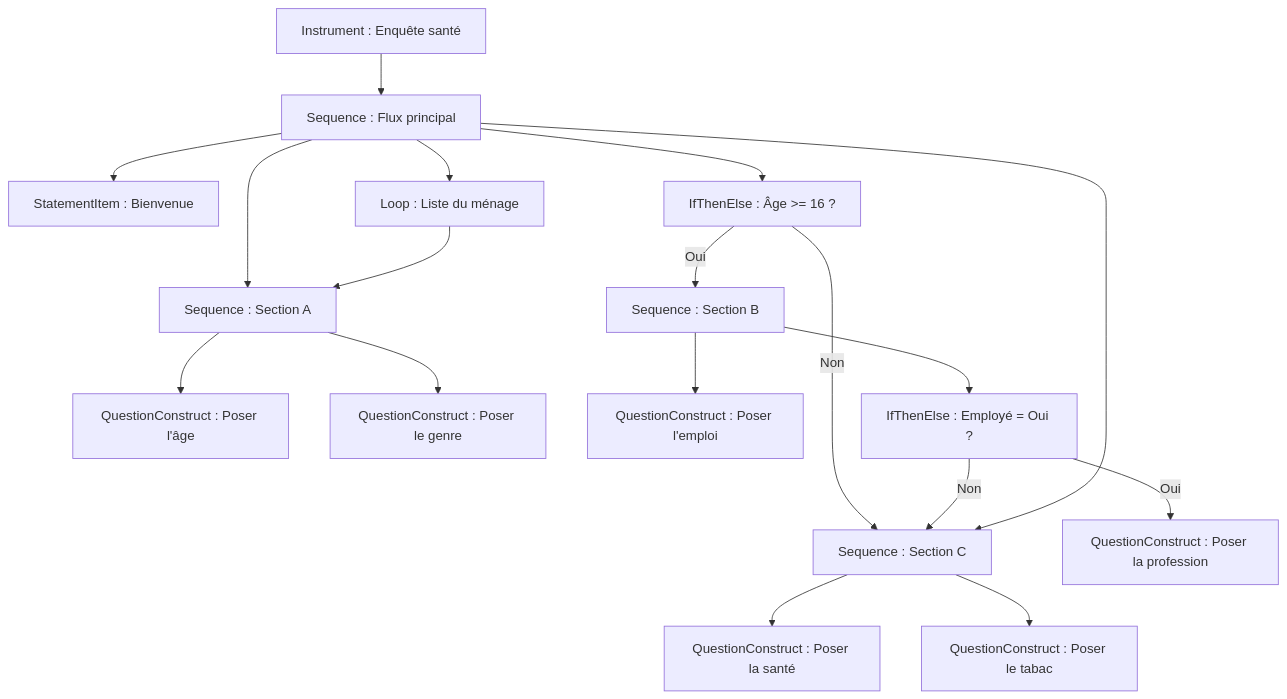
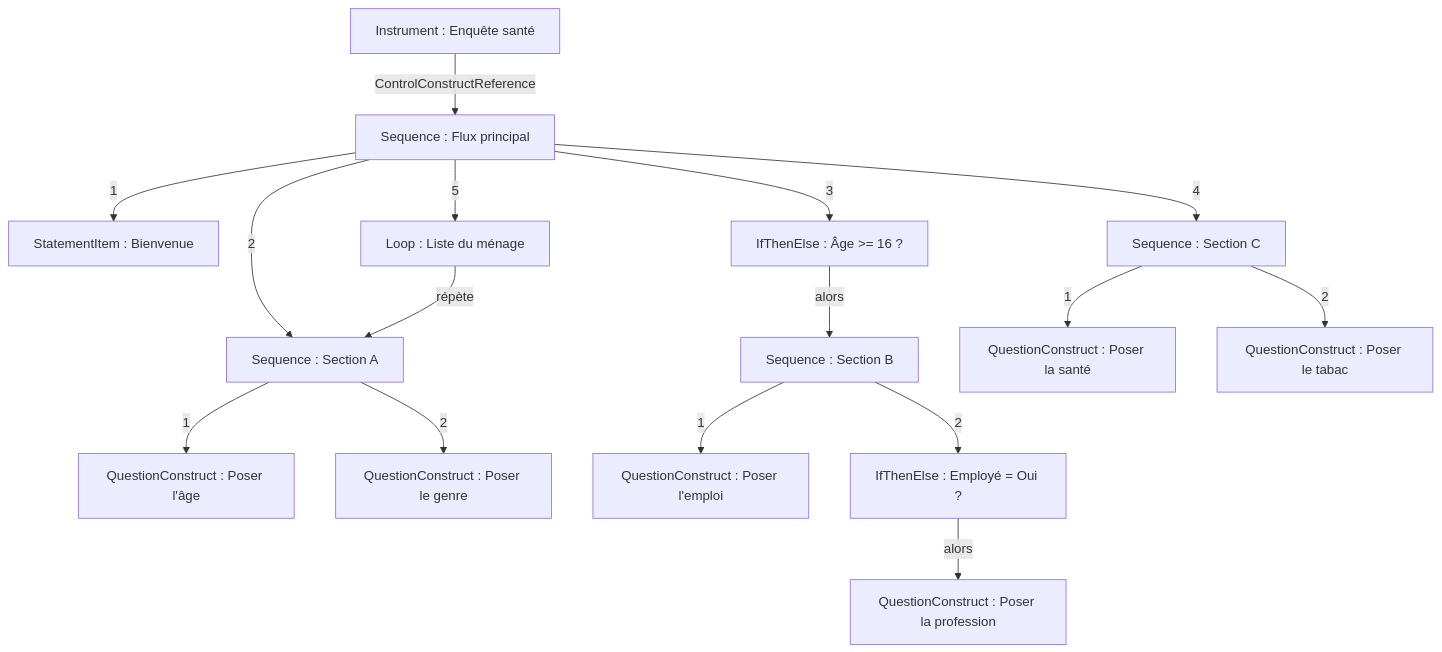
The diagram in docs/curriculum/module-10-questionnaire-flows.fr.md (pbisson44/ddi-l), drawn with Mermaid before and after one commit. The commit also changed other lines of this file and 597 other files, not shown here.

````diff
--- a/docs/curriculum/module-10-questionnaire-flows.fr.md
+++ b/docs/curriculum/module-10-questionnaire-flows.fr.md
@@ -296,20 +321,18 @@
 ```mermaid
 flowchart TD
-    I["Instrument : Enquête santé"] --> M["Sequence : Flux principal"]
-    M --> W["StatementItem : Bienvenue"]
-    M --> SA["Sequence : Section A"]
-    SA --> QC1["QuestionConstruct : Poser l'âge"]
-    SA --> QC2["QuestionConstruct : Poser le genre"]
-    M --> ITE1["IfThenElse : Âge >= 16 ?"]
-    ITE1 -->|Oui| SB["Sequence : Section B"]
-    ITE1 -->|Non| SC["Sequence : Section C"]
-    SB --> QC3["QuestionConstruct : Poser l'emploi"]
-    SB --> ITE2["IfThenElse : Employé = Oui ?"]
-    ITE2 -->|Oui| QC4["QuestionConstruct : Poser la profession"]
-    ITE2 -->|Non| SC
-    M --> SC
-    SC --> QC5["QuestionConstruct : Poser la santé"]
-    SC --> QC6["QuestionConstruct : Poser le tabac"]
-    M --> L["Loop : Liste du ménage"]
-    L --> SA
+    I["Instrument : Enquête santé"] -->|ControlConstructReference| M["Sequence : Flux principal"]
+    M -->|1| W["StatementItem : Bienvenue"]
+    M -->|2| SA["Sequence : Section A"]
+    M -->|3| ITE1["IfThenElse : Âge >= 16 ?"]
+    M -->|4| SC["Sequence : Section C"]
+    M -->|5| L["Loop : Liste du ménage"]
+    SA -->|1| QC1["QuestionConstruct : Poser l'âge"]
+    SA -->|2| QC2["QuestionConstruct : Poser le genre"]
+    ITE1 -->|alors| SB["Sequence : Section B"]
+    SB -->|1| QC3["QuestionConstruct : Poser l'emploi"]
+    SB -->|2| ITE2["IfThenElse : Employé = Oui ?"]
+    ITE2 -->|alors| QC4["QuestionConstruct : Poser la profession"]
+    SC -->|1| QC5["QuestionConstruct : Poser la santé"]
+    SC -->|2| QC6["QuestionConstruct : Poser le tabac"]
+    L -->|répète| SA
 ```
````
